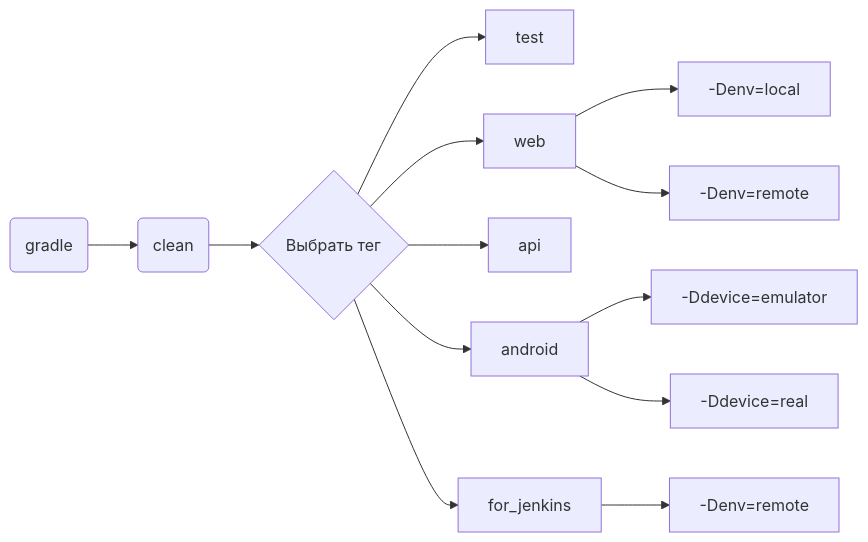
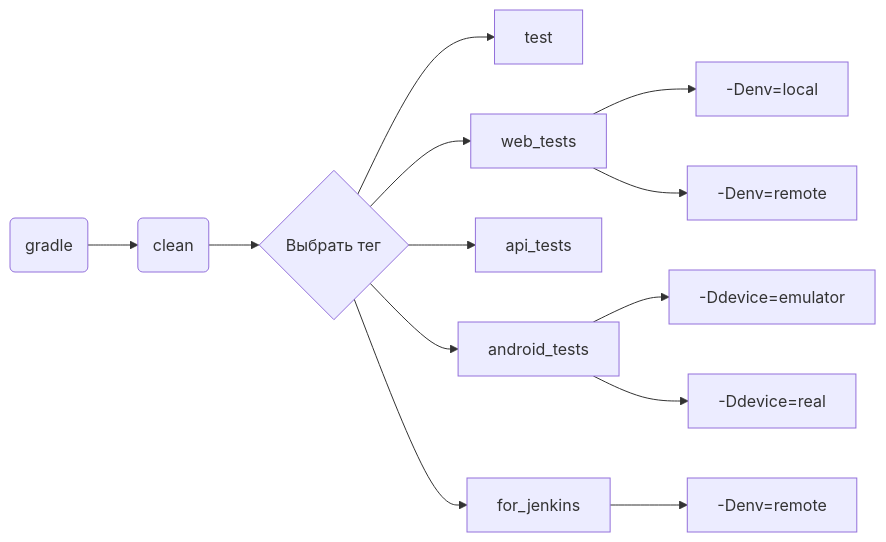
One commit to shpyrkova/ohmywishes-autotests changed the diagram in README.md. Above: the diagram before and after it, drawn with Mermaid. The commit also changed other lines of this file and 1 other file, not shown here.

````diff
--- a/README.md
+++ b/README.md
@@ -94,15 +94,15 @@
 ```mermaid 
 flowchart LR
     A(gradle) --> B(clean)
     B --> C{Выбрать тег}
     C --> D[test]
-    C --> E[web]
-    C --> F[api]
-    C --> G[android]
+    C --> E[web_tests]
+    C --> F[api_tests]
+    C --> G[android_tests]
     C --> H[for_jenkins]
     H --> I[-Denv=remote]
     E --> J[-Denv=local]
     E --> K[-Denv=remote]
     G --> L[-Ddevice=emulator]
     G --> M[-Ddevice=real]
 ```
````
